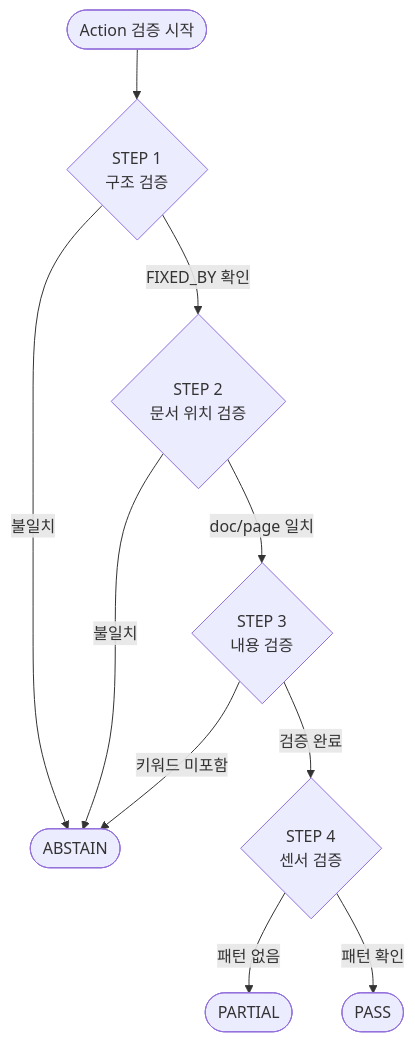
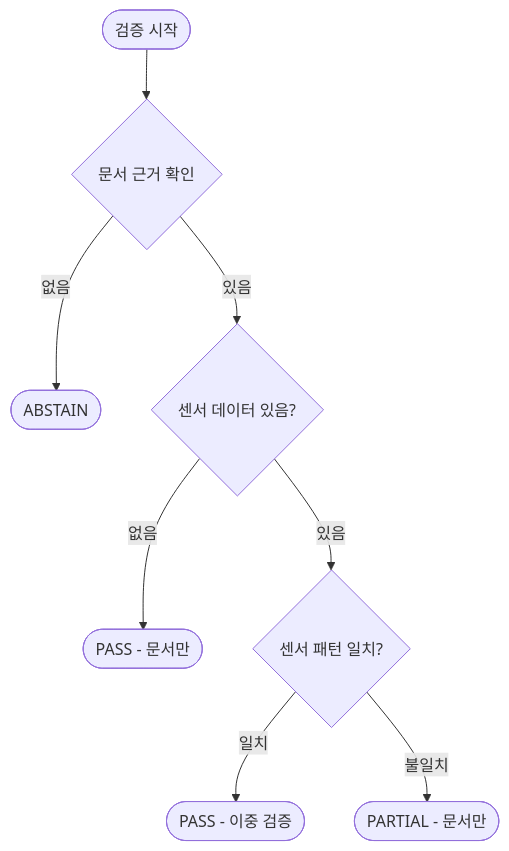
Before and after one commit to Jinuk93/ur5e-ontology-rag: the second of 2 diagrams in docs/Main__Spec.md, drawn with Mermaid. The commit also changed other lines of this file and 1 other file, not shown here.

````diff
--- a/docs/Main__Spec.md
+++ b/docs/Main__Spec.md
@@ -887,15 +1087,10 @@
 ```mermaid
 flowchart TB
-    S([Action 검증 시작]) --> T1{STEP 1<br/>구조 검증}
-    T1 -- 불일치 --> AB([ABSTAIN])
-
-    T1 -- FIXED_BY 확인 --> T2{STEP 2<br/>문서 위치 검증}
-    T2 -- 불일치 --> AB
-
-    T2 -- doc/page 일치 --> T3{STEP 3<br/>내용 검증}
-    T3 -- 키워드 미포함 --> AB
-
-    T3 -- 검증 완료 --> T4{STEP 4<br/>센서 검증}
-    T4 -- 패턴 없음 --> P1([PARTIAL])
-    T4 -- 패턴 확인 --> P2([PASS])
+    S([검증 시작]) --> T1{문서 근거 확인}
+    T1 -- 없음 --> AB([ABSTAIN])
+    T1 -- 있음 --> T2{센서 데이터 있음?}
+    T2 -- 없음 --> P1([PASS - 문서만])
+    T2 -- 있음 --> T3{센서 패턴 일치?}
+    T3 -- 일치 --> P2([PASS - 이중 검증])
+    T3 -- 불일치 --> P3([PARTIAL - 문서만])
 ```
````
